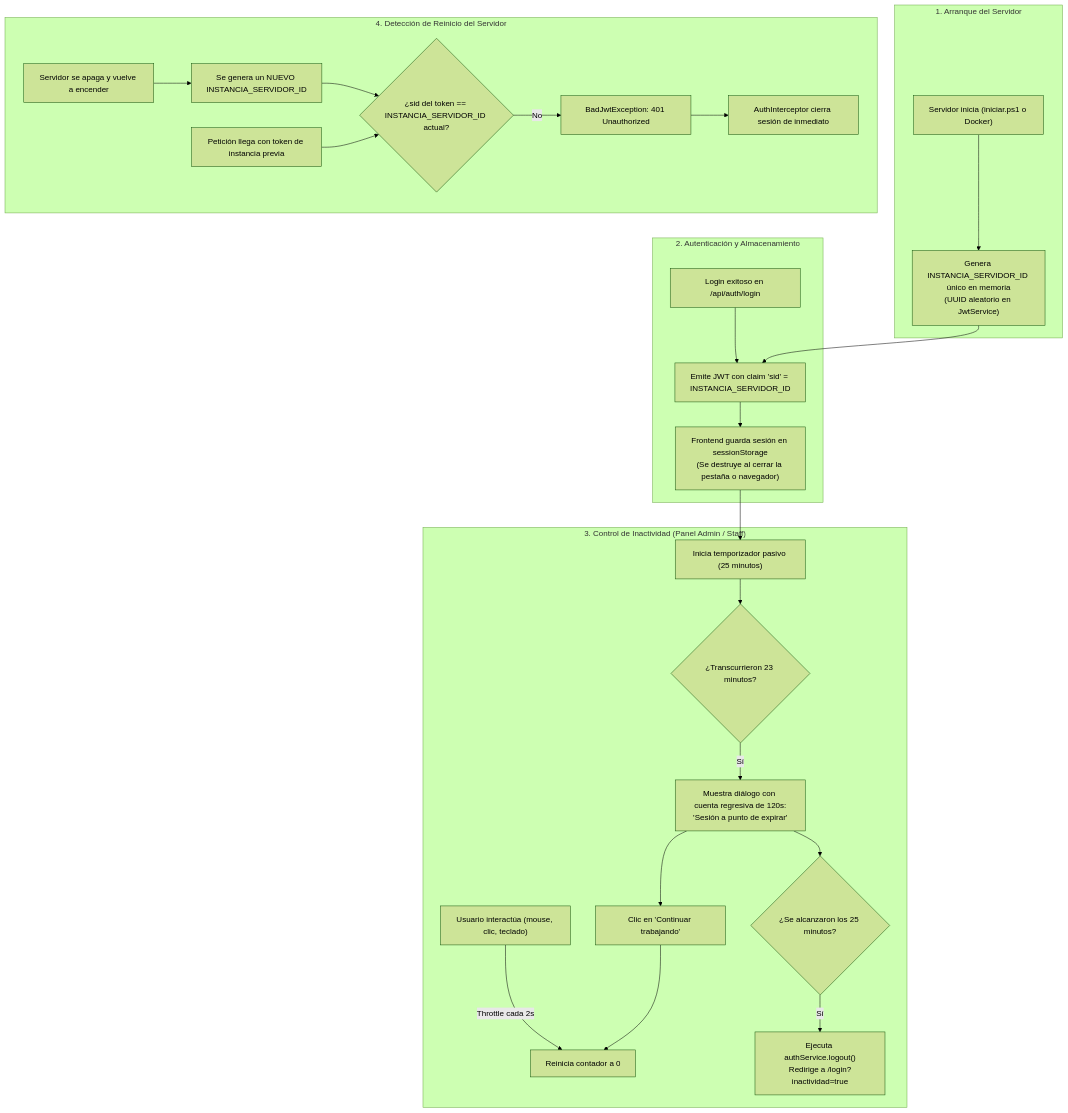
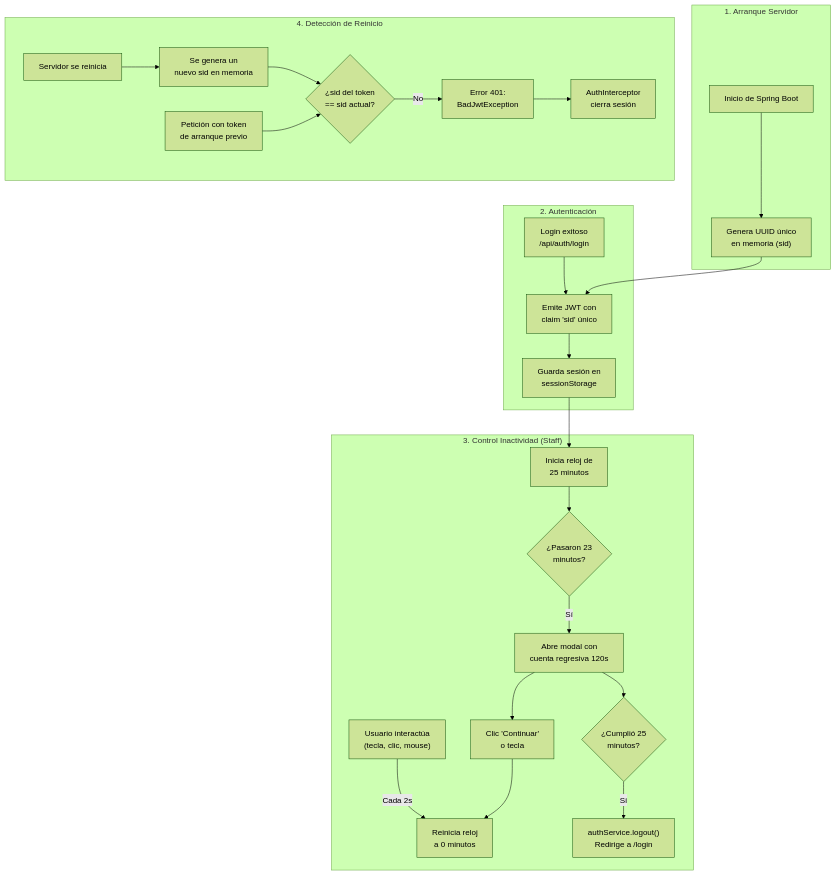
One commit to MrCarlos17A/TechZone changed the seventh of 9 diagrams in README.md. Above: the diagram before and after it, drawn with Mermaid (forest theme). The commit also changed other lines of this file, not shown here.

Commit message:
docs: solucion de diagramas README

````diff
--- a/README.md
+++ b/README.md
@@ -338,37 +337,35 @@
 ```mermaid
 flowchart TD
-    subgraph BOOT["1. Arranque del Servidor"]
-        INIT_SRV["Servidor inicia (iniciar.ps1 o Docker)"]
-        INIT_SRV --> GEN_SID["Genera INSTANCIA_SERVIDOR_ID único en memoria<br/>(UUID aleatorio en JwtService)"]
+    subgraph BOOT["1. Arranque Servidor"]
+        INIT_SRV["Inicio de Spring Boot"] --> GEN_SID["Genera UUID único<br/>en memoria (sid)"]
     end
 
-    subgraph SESSION["2. Autenticación y Almacenamiento"]
-        LOGIN_OK["Login exitoso en /api/auth/login"]
-        LOGIN_OK --> EMIT_JWT["Emite JWT con claim 'sid' = INSTANCIA_SERVIDOR_ID"]
-        EMIT_JWT --> SAVE_SESS["Frontend guarda sesión en sessionStorage<br/>(Se destruye al cerrar la pestaña o navegador)"]
+    subgraph SESSION["2. Autenticación"]
+        LOGIN_OK["Login exitoso<br/>/api/auth/login"] --> EMIT_JWT["Emite JWT con<br/>claim 'sid' único"]
+        EMIT_JWT --> SAVE_SESS["Guarda sesión en<br/>sessionStorage"]
     end
 
-    subgraph INACTIVITY["3. Control de Inactividad (Panel Admin / Staff)"]
-        START_TIMER["Inicia temporizador pasivo (25 minutos)"]
-        USER_ACTION["Usuario interactúa (mouse, clic, teclado)"] -->|Throttle cada 2s| RESET_TIMER["Reinicia contador a 0"]
+    subgraph INACTIVITY["3. Control Inactividad (Staff)"]
+        START_TIMER["Inicia reloj de<br/>25 minutos"]
+        USER_ACTION["Usuario interactúa<br/>(tecla, clic, mouse)"] -->|Cada 2s| RESET_TIMER["Reinicia reloj<br/>a 0 minutos"]
         
-        START_TIMER --> CHECK_23{"¿Transcurrieron 23 minutos?"}
-        CHECK_23 -- Sí --> SHOW_MODAL["Muestra diálogo con cuenta regresiva de 120s:<br/>'Sesión a punto de expirar'"]
+        START_TIMER --> CHECK_23{"¿Pasaron 23<br/>minutos?"}
+        CHECK_23 -- Sí --> SHOW_MODAL["Abre modal con<br/>cuenta regresiva 120s"]
         
-        SHOW_MODAL --> BTN_CONT["Clic en 'Continuar trabajando'"] --> RESET_TIMER
-        SHOW_MODAL --> TIMEOUT_25{"¿Se alcanzaron los 25 minutos?"}
-        TIMEOUT_25 -- Sí --> LOGOUT_IDLE["Ejecuta authService.logout()<br/>Redirige a /login?inactividad=true"]
+        SHOW_MODAL --> BTN_CONT["Clic 'Continuar'<br/>o tecla"] --> RESET_TIMER
+        SHOW_MODAL --> TIMEOUT_25{"¿Cumplió 25<br/>minutos?"}
+        TIMEOUT_25 -- Sí --> LOGOUT_IDLE["authService.logout()<br/>Redirige a /login"]
     end
 
-    subgraph RESTART_CHECK["4. Detección de Reinicio del Servidor"]
-        RESTART_SRV["Servidor se apaga y vuelve a encender"] --> NEW_SID["Se genera un NUEVO INSTANCIA_SERVIDOR_ID"]
-        REQ_OLD["Petición llega con token de instancia previa"]
-        NEW_SID --> VALIDATE_SID{"¿sid del token == INSTANCIA_SERVIDOR_ID actual?"}
+    subgraph RESTART_CHECK["4. Detección de Reinicio"]
+        RESTART_SRV["Servidor se reinicia"] --> NEW_SID["Se genera un<br/>nuevo sid en memoria"]
+        REQ_OLD["Petición con token<br/>de arranque previo"]
+        NEW_SID --> VALIDATE_SID{"¿sid del token<br/>== sid actual?"}
         REQ_OLD --> VALIDATE_SID
-        VALIDATE_SID -- No --> REJECT_401["BadJwtException: 401 Unauthorized"]
-        REJECT_401 --> AUTO_LOGOUT["AuthInterceptor cierra sesión de inmediato"]
+        VALIDATE_SID -- No --> REJECT_401["Error 401:<br/>BadJwtException"]
+        REJECT_401 --> AUTO_LOGOUT["AuthInterceptor<br/>cierra sesión"]
     end
 
     GEN_SID --> EMIT_JWT
     SAVE_SESS --> START_TIMER
 ```
````
